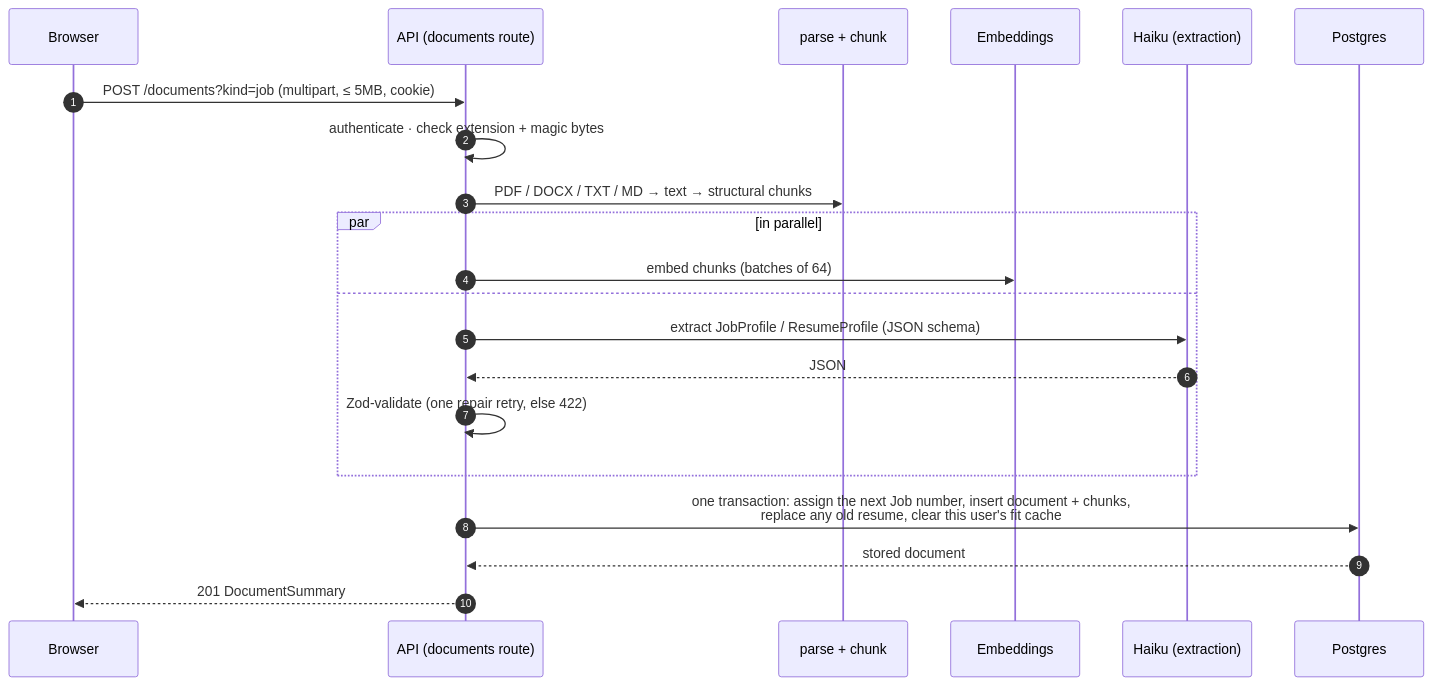
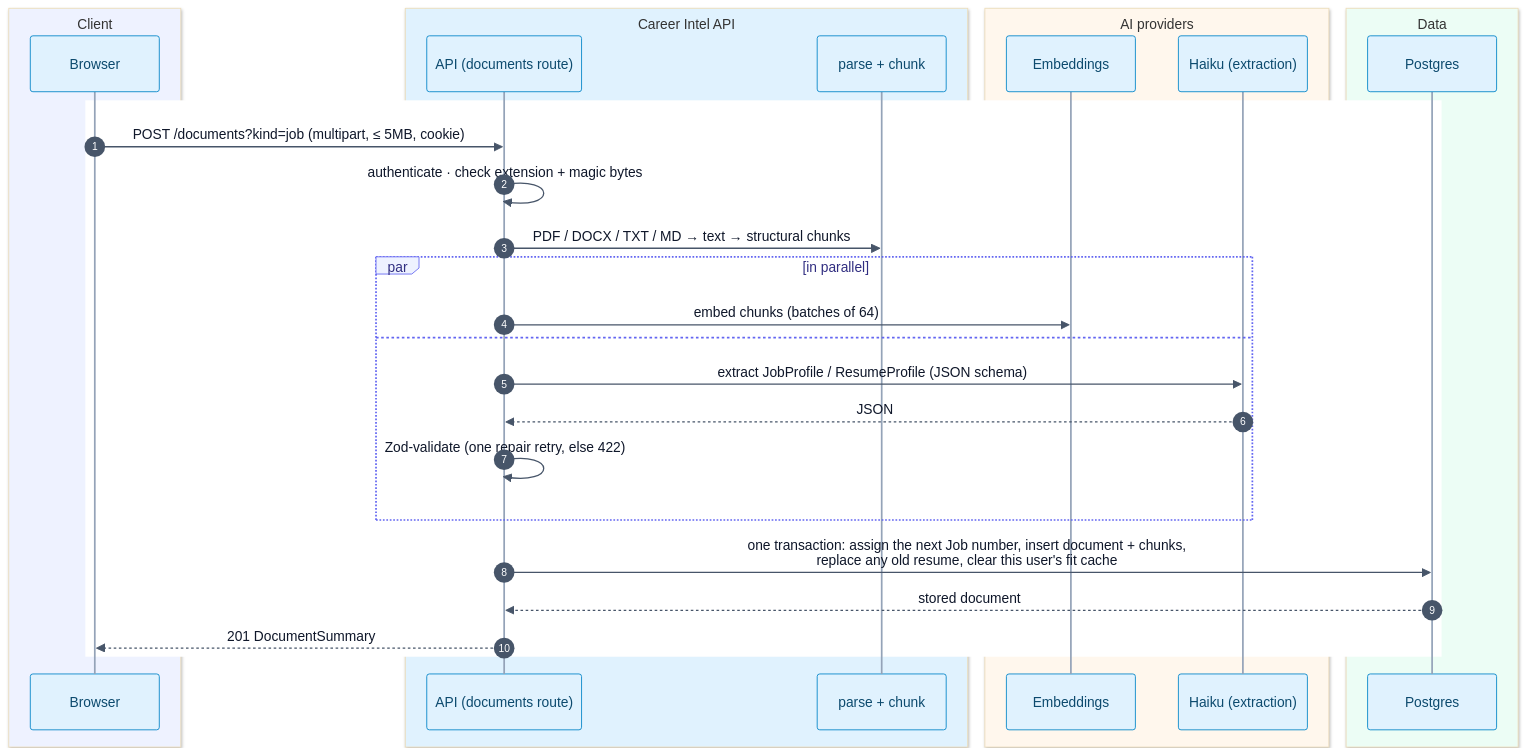
One commit to mrussum/practice-intel changed the third of 9 diagrams in docs/architecture.md. Above: the diagram before and after it, drawn with Mermaid. The commit also changed other lines of this file, not shown here.

First line of the commit message:
docs: colour-code the architecture diagrams

````diff
--- a/docs/architecture.md
+++ b/docs/architecture.md
@@ -97,24 +135,35 @@
 ```mermaid
+%%{init: {"theme":"base","themeVariables":{"actorBkg":"#E0F2FE","actorBorder":"#0284C7","actorTextColor":"#0C4A6E","actorLineColor":"#94A3B8","signalColor":"#475569","signalTextColor":"#0F172A","noteBkgColor":"#FEF9C3","noteBorderColor":"#CA8A04","noteTextColor":"#713F12","labelBoxBkgColor":"#EEF2FF","labelBoxBorderColor":"#6366F1","labelTextColor":"#312E81","loopTextColor":"#312E81","sequenceNumberColor":"#FFFFFF","activationBkgColor":"#E0F2FE"}}}%%
 sequenceDiagram
   autonumber
-  participant B as Browser
-  participant A as API (documents route)
-  participant P as parse + chunk
-  participant E as Embeddings
-  participant H as Haiku (extraction)
-  participant S as Postgres
+  box rgb(238, 242, 255) Client
+    participant B as Browser
+  end
+  box rgb(224, 242, 254) Career Intel API
+    participant A as API (documents route)
+    participant P as parse + chunk
+  end
+  box rgb(255, 247, 237) AI providers
+    participant E as Embeddings
+    participant H as Haiku (extraction)
+  end
+  box rgb(236, 253, 245) Data
+    participant S as Postgres
+  end
 
+  rect rgb(255, 255, 255)
   B->>A: POST /documents?kind=job (multipart, ≤ 5MB, cookie)
   A->>A: authenticate · check extension + magic bytes
   A->>P: PDF / DOCX / TXT / MD → text → structural chunks
   par in parallel
     A->>E: embed chunks (batches of 64)
   and
     A->>H: extract JobProfile / ResumeProfile (JSON schema)
     H-->>A: JSON
     A->>A: Zod-validate (one repair retry, else 422)
   end
   A->>S: one transaction: assign the next Job number, insert document + chunks,<br/>replace any old resume, clear this user's fit cache
   S-->>A: stored document
   A-->>B: 201 DocumentSummary
+  end
 ```
````
